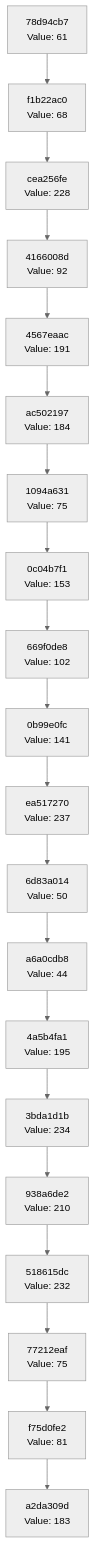
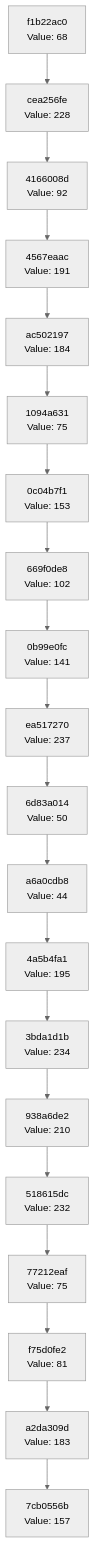
Before and after one commit to Abhisheksinha1506/hash-chain-evolver: the diagram in docs/CHAIN_VISUALIZATION.md, drawn with Mermaid (neutral theme). The commit also changed 2 other files, not shown here.

Commit message:
Evolution step: hash 0x9D → action executed

````diff
--- a/docs/CHAIN_VISUALIZATION.md
+++ b/docs/CHAIN_VISUALIZATION.md
@@ -3,42 +3,42 @@
 ```mermaid
 graph TD
-    C0["a2da309d<br/>Value: 183"]
-    C1["f75d0fe2<br/>Value: 81"]
+    C0["7cb0556b<br/>Value: 157"]
+    C1["a2da309d<br/>Value: 183"]
     C1 --> C0
-    C2["77212eaf<br/>Value: 75"]
+    C2["f75d0fe2<br/>Value: 81"]
     C2 --> C1
-    C3["518615dc<br/>Value: 232"]
+    C3["77212eaf<br/>Value: 75"]
     C3 --> C2
-    C4["938a6de2<br/>Value: 210"]
+    C4["518615dc<br/>Value: 232"]
     C4 --> C3
-    C5["3bda1d1b<br/>Value: 234"]
+    C5["938a6de2<br/>Value: 210"]
     C5 --> C4
-    C6["4a5b4fa1<br/>Value: 195"]
+    C6["3bda1d1b<br/>Value: 234"]
     C6 --> C5
-    C7["a6a0cdb8<br/>Value: 44"]
+    C7["4a5b4fa1<br/>Value: 195"]
     C7 --> C6
-    C8["6d83a014<br/>Value: 50"]
+    C8["a6a0cdb8<br/>Value: 44"]
     C8 --> C7
-    C9["ea517270<br/>Value: 237"]
+    C9["6d83a014<br/>Value: 50"]
     C9 --> C8
-    C10["0b99e0fc<br/>Value: 141"]
+    C10["ea517270<br/>Value: 237"]
     C10 --> C9
-    C11["669f0de8<br/>Value: 102"]
+    C11["0b99e0fc<br/>Value: 141"]
     C11 --> C10
-    C12["0c04b7f1<br/>Value: 153"]
+    C12["669f0de8<br/>Value: 102"]
     C12 --> C11
-    C13["1094a631<br/>Value: 75"]
+    C13["0c04b7f1<br/>Value: 153"]
     C13 --> C12
-    C14["ac502197<br/>Value: 184"]
+    C14["1094a631<br/>Value: 75"]
     C14 --> C13
-    C15["4567eaac<br/>Value: 191"]
+    C15["ac502197<br/>Value: 184"]
     C15 --> C14
-    C16["4166008d<br/>Value: 92"]
+    C16["4567eaac<br/>Value: 191"]
     C16 --> C15
-    C17["cea256fe<br/>Value: 228"]
+    C17["4166008d<br/>Value: 92"]
     C17 --> C16
-    C18["f1b22ac0<br/>Value: 68"]
+    C18["cea256fe<br/>Value: 228"]
     C18 --> C17
-    C19["78d94cb7<br/>Value: 61"]
+    C19["f1b22ac0<br/>Value: 68"]
     C19 --> C18
 ```
````
